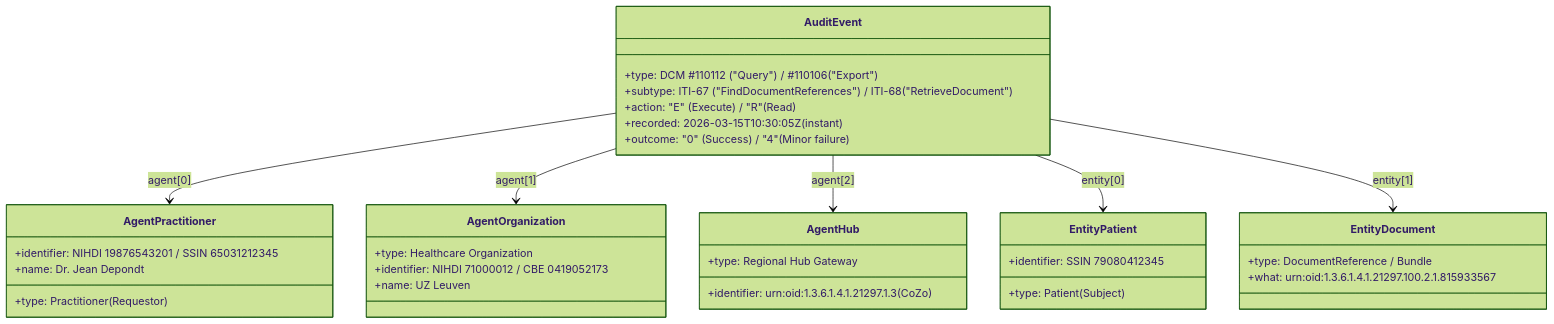
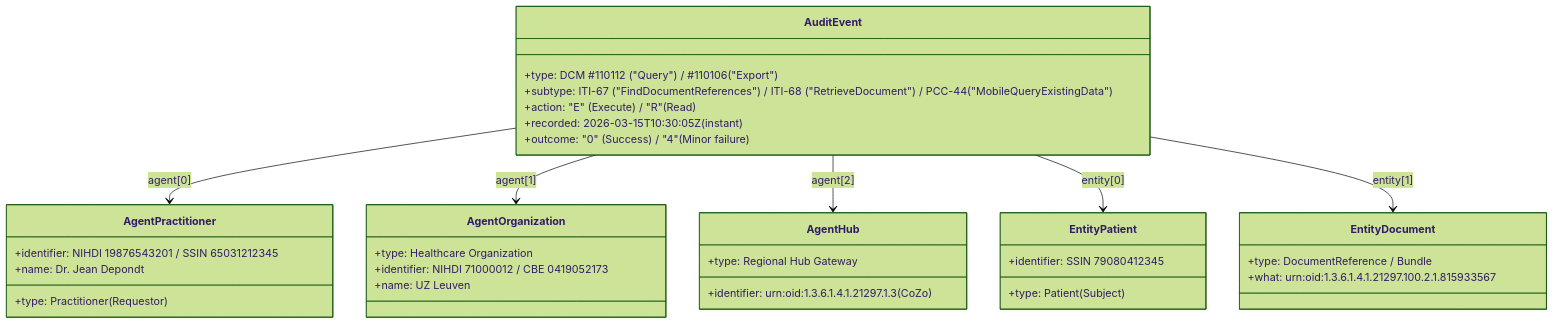
One commit to nhermab/fhir-ehealthhub-simulator-viewer changed the fifth of 5 diagrams in public/ig/security.md. Above: the diagram before and after it, drawn with Mermaid (forest theme). The commit also changed other lines of this file and 35 other files, not shown here.

````diff
--- a/public/ig/security.md
+++ b/public/ig/security.md
@@ -406,38 +406,38 @@
 ```mermaid
 classDiagram
     class AuditEvent {
         +type: DCM #110112 ("Query") / #110106 ("Export")
-        +subtype: ITI-67 ("FindDocumentReferences") / ITI-68 ("RetrieveDocument")
+        +subtype: ITI-67 ("FindDocumentReferences") / ITI-68 ("RetrieveDocument") / PCC-44 ("MobileQueryExistingData")
         +action: "E" (Execute) / "R" (Read)
         +recorded: 2026-03-15T10:30:05Z (instant)
         +outcome: "0" (Success) / "4" (Minor failure)
     }
     class AgentPractitioner {
         +type: Practitioner (Requestor)
         +identifier: NIHDI 19876543201 / SSIN 65031212345
         +name: Dr. Jean Depondt
     }
     class AgentOrganization {
         +type: Healthcare Organization
         +identifier: NIHDI 71000012 / CBE 0419052173
         +name: UZ Leuven
     }
     class AgentHub {
         +type: Regional Hub Gateway
         +identifier: urn:oid:1.3.6.1.4.1.21297.1.3 (CoZo)
     }
     class EntityPatient {
         +type: Patient (Subject)
         +identifier: SSIN 79080412345
     }
     class EntityDocument {
         +type: DocumentReference / Bundle
         +what: urn:oid:1.3.6.1.4.1.21297.100.2.1.815933567
     }
 
     AuditEvent --> AgentPractitioner : agent[0]
     AuditEvent --> AgentOrganization : agent[1]
     AuditEvent --> AgentHub : agent[2]
     AuditEvent --> EntityPatient : entity[0]
     AuditEvent --> EntityDocument : entity[1]
 ```
````
